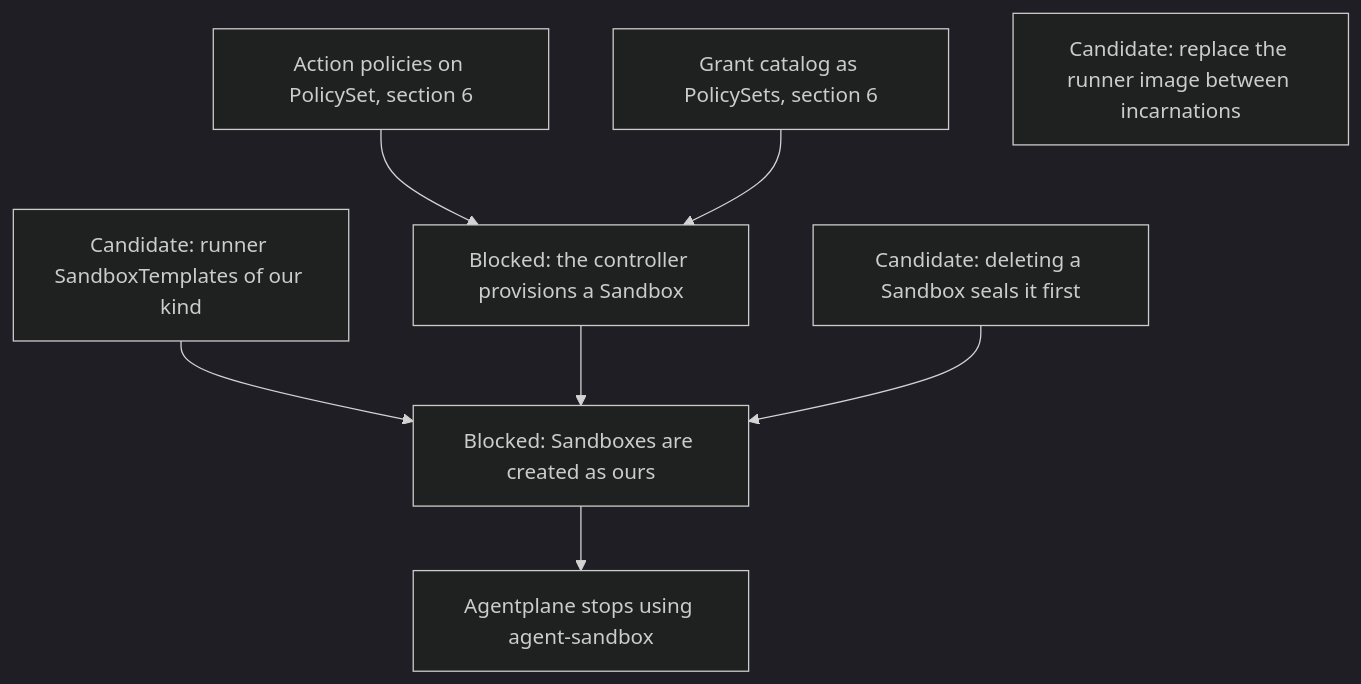
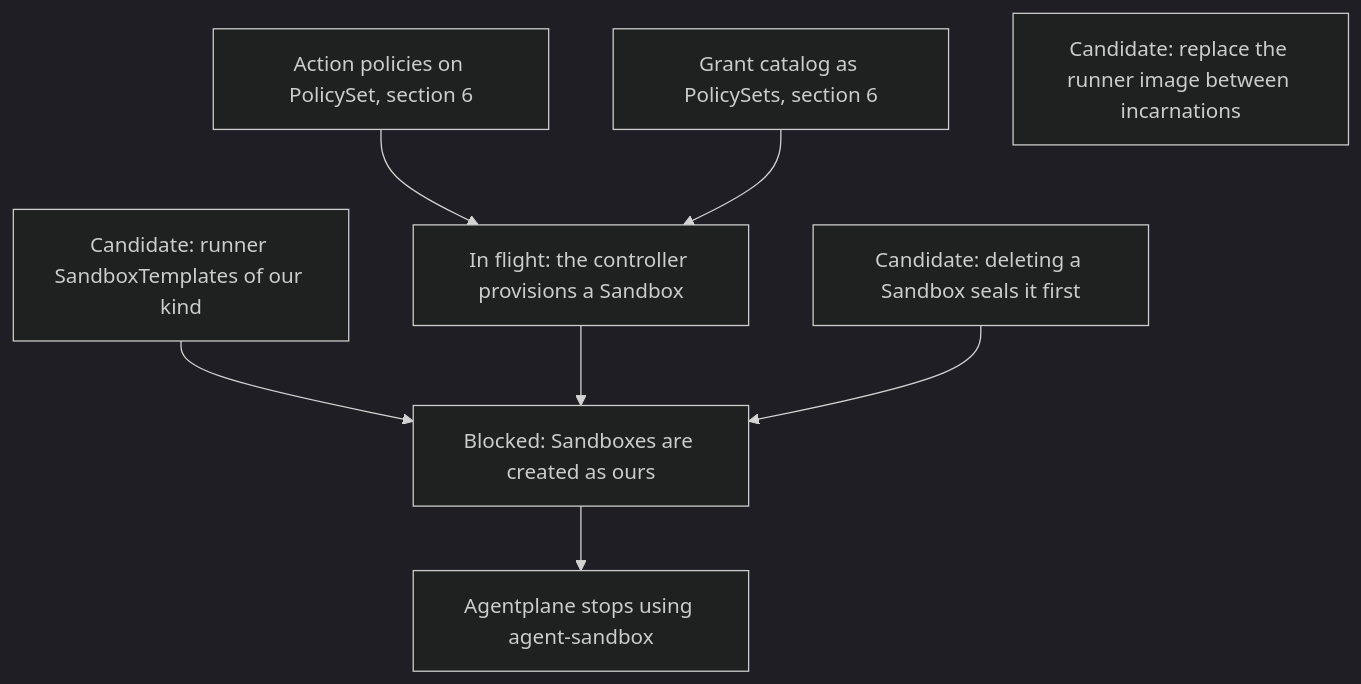
Diagram 11 of 15 in agentplane/plans/task_dag.md (agentydragon-agent/ducktape), drawn with Mermaid (dark theme) before and after one commit. The commit also changed other lines of this file, not shown here.

````diff
--- a/agentplane/plans/task_dag.md
+++ b/agentplane/plans/task_dag.md
@@ -669,14 +669,14 @@
 ```mermaid
 flowchart TD
     SANDBOX_RUNNER_TEMPLATES[Candidate: runner SandboxTemplates of our kind]
-    SANDBOX_CONTROLLER_PROVISIONING[Blocked: the controller provisions a Sandbox]
+    SANDBOX_CONTROLLER_PROVISIONING[In flight: the controller provisions a Sandbox]
     ACTION_POLICY_MIGRATE[Action policies on PolicySet, section 6] --> SANDBOX_CONTROLLER_PROVISIONING
     KUBERNETES_POLICY_SETS[Grant catalog as PolicySets, section 6] --> SANDBOX_CONTROLLER_PROVISIONING
     SANDBOX_CONTROLLER_TEARDOWN[Candidate: deleting a Sandbox seals it first]
     SANDBOX_IMAGE_REPLACE[Candidate: replace the runner image between incarnations]
     SANDBOX_CREATE_CUTOVER[Blocked: Sandboxes are created as ours]
     SANDBOX_RUNNER_TEMPLATES --> SANDBOX_CREATE_CUTOVER
     SANDBOX_CONTROLLER_PROVISIONING --> SANDBOX_CREATE_CUTOVER
     SANDBOX_CONTROLLER_TEARDOWN --> SANDBOX_CREATE_CUTOVER
     SANDBOX_CREATE_CUTOVER --> AGENT_SANDBOX_RETIRE[Agentplane stops using agent-sandbox]
 ```
````
